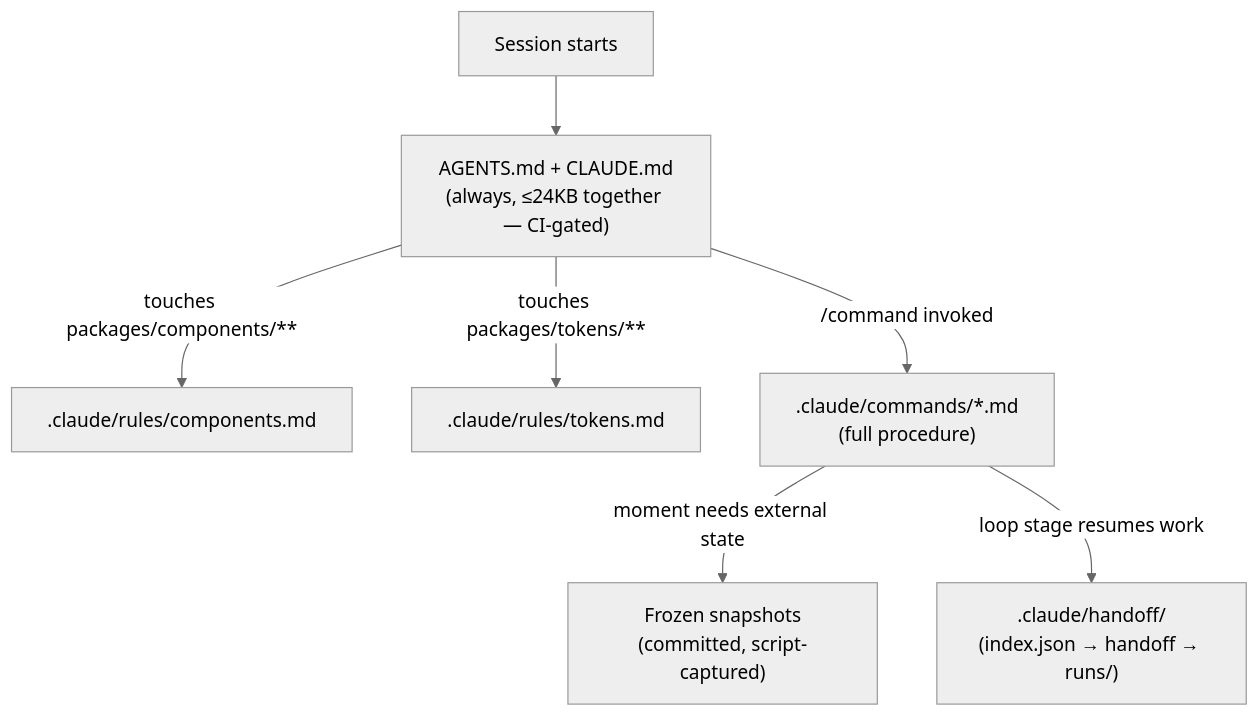
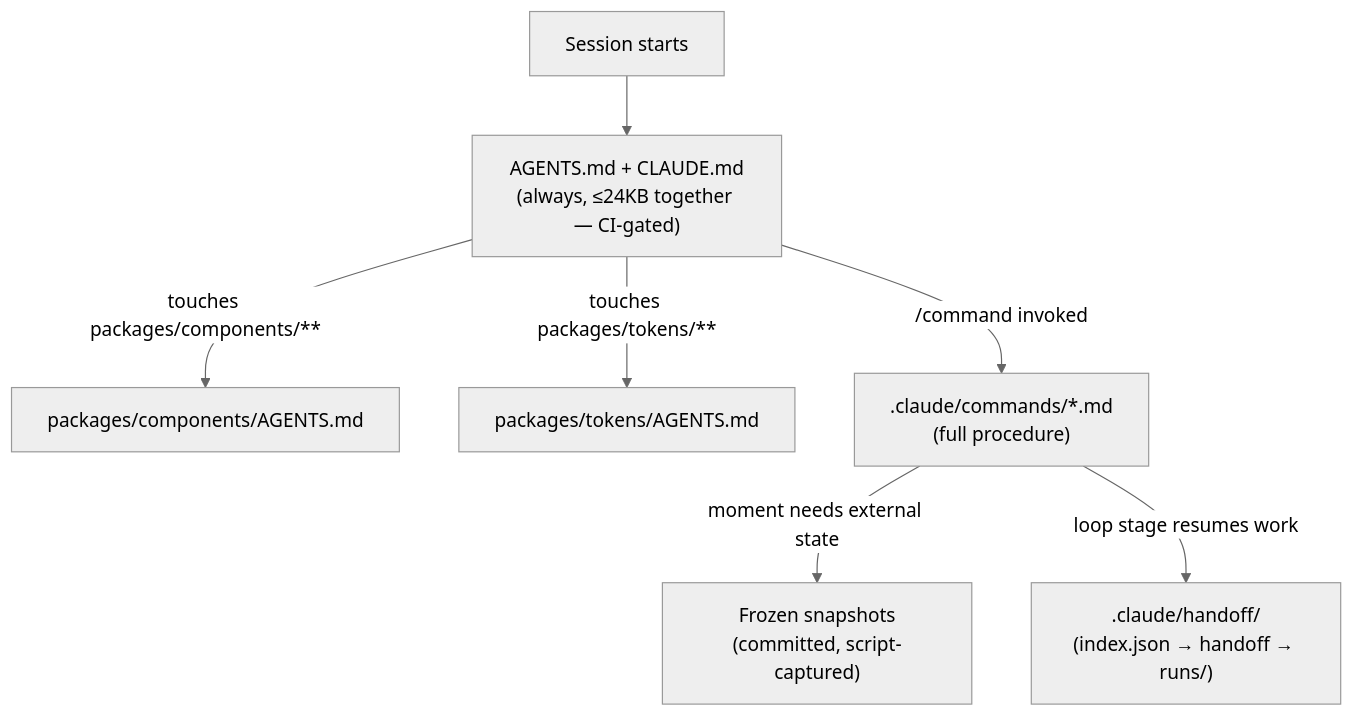
One commit to F4cu/upskill-design-system changed the diagram in docs/09-context-engineering.md. Above: the diagram before and after it, drawn with Mermaid (neutral theme). The commit also changed other lines of this file and 29 other files, not shown here.

First line of the commit message:
feat(context): move Tier 1 conventions to nested packages/*/AGENTS.md (ADR-029)

````diff
--- a/docs/09-context-engineering.md
+++ b/docs/09-context-engineering.md
@@ -107,9 +107,9 @@
 ```mermaid
 flowchart TD
     A[Session starts] --> B["AGENTS.md + CLAUDE.md<br/>(always, ≤24KB together — CI-gated)"]
-    B -->|touches packages/components/**| C[.claude/rules/components.md]
-    B -->|touches packages/tokens/**| D[.claude/rules/tokens.md]
+    B -->|touches packages/components/**| C[packages/components/AGENTS.md]
+    B -->|touches packages/tokens/**| D[packages/tokens/AGENTS.md]
     B -->|"/command invoked"| E[".claude/commands/*.md<br/>(full procedure)"]
     E -->|moment needs external state| F["Frozen snapshots<br/>(committed, script-captured)"]
     E -->|loop stage resumes work| G[".claude/handoff/<br/>(index.json → handoff → runs/)"]
 ```
````
